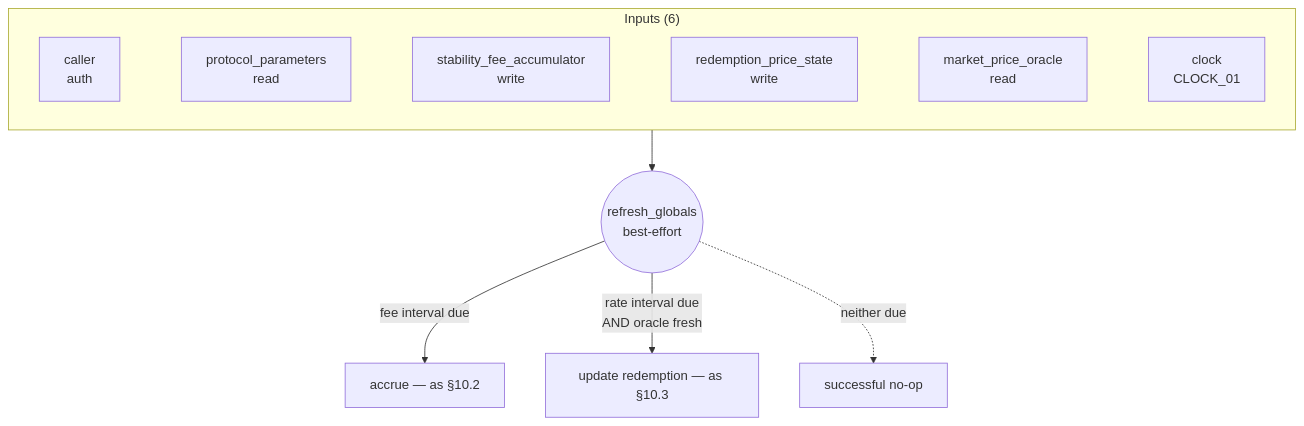
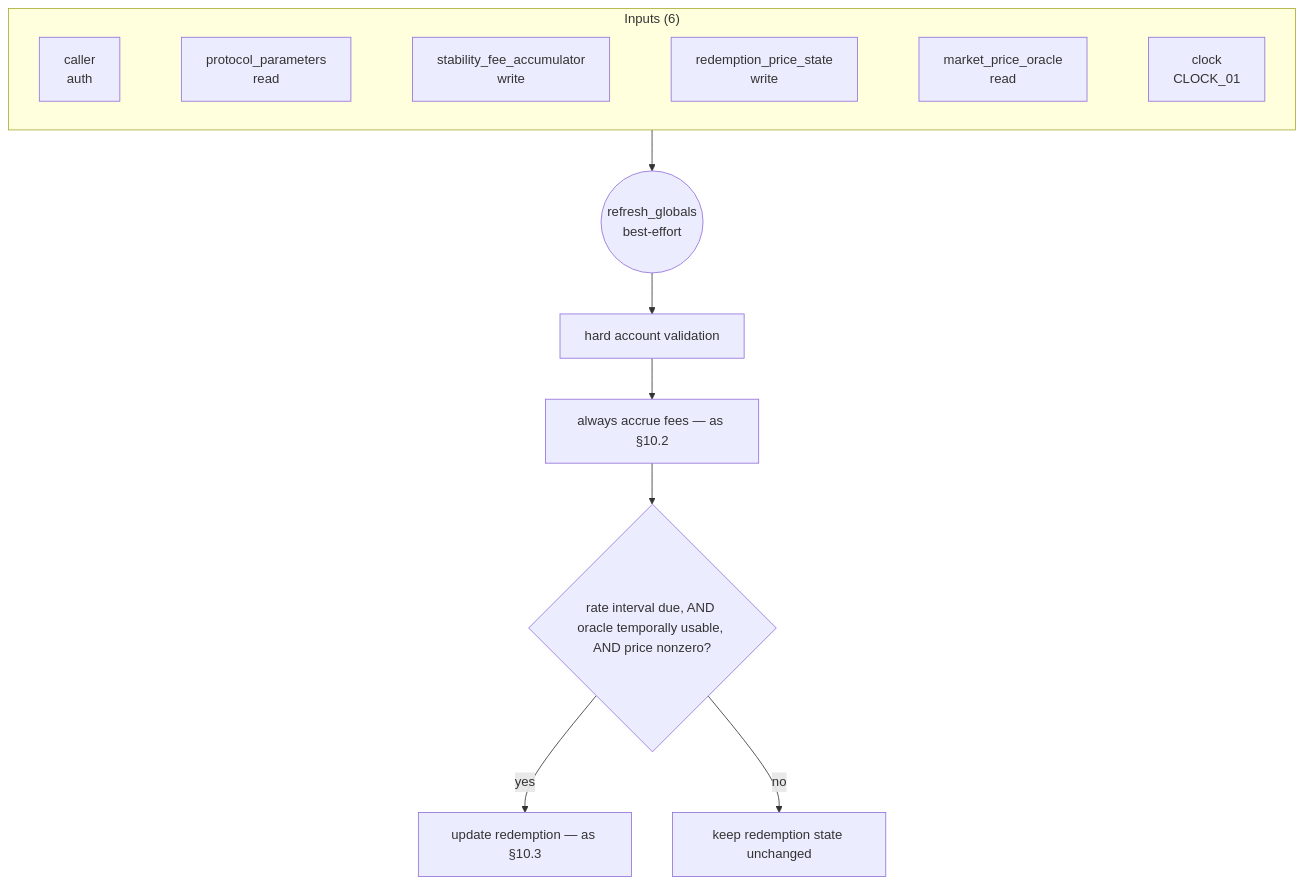
One commit to 3esmit/lez-programs changed the sixth of 14 diagrams in docs/stablecoin/README.md. Above: the diagram before and after it, drawn with Mermaid. The commit also changed other lines of this file and 13 other files, not shown here.

````diff
--- a/docs/stablecoin/README.md
+++ b/docs/stablecoin/README.md
@@ -877,10 +904,12 @@
 ```mermaid
 flowchart TD
     subgraph In["Inputs (6)"]
         a1[caller<br/>auth] ~~~ a2[protocol_parameters<br/>read] ~~~ a3[stability_fee_accumulator<br/>write] ~~~ a4[redemption_price_state<br/>write] ~~~ a5[market_price_oracle<br/>read] ~~~ a6[clock<br/>CLOCK_01]
     end
     In --> Ins((refresh_globals<br/>best-effort))
-    Ins -->|fee interval due| F[accrue — as §10.2]
-    Ins -->|rate interval due<br/>AND oracle fresh| R[update redemption — as §10.3]
-    Ins -.->|neither due| N[successful no-op]
+    Ins --> V[hard account validation]
+    V --> F[always accrue fees — as §10.2]
+    F --> G{rate interval due, AND oracle temporally usable, AND price nonzero?}
+    G -->|yes| R[update redemption — as §10.3]
+    G -->|no| N[keep redemption state unchanged]
 ```
````
